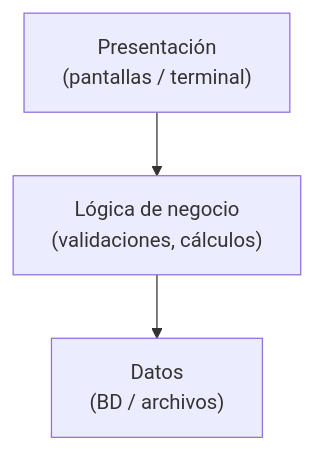
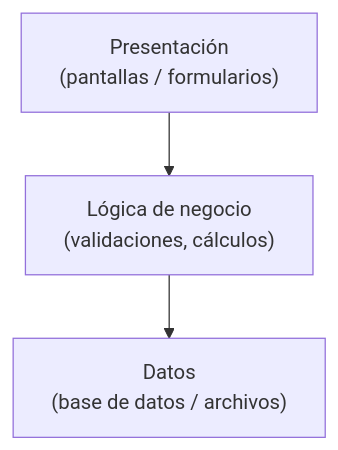
The second of 10 diagrams in docs/tema1/fases.md (aitorventura/entornos-de-desarrollo), drawn with Mermaid before and after one commit. The commit also changed other lines of this file and 348 other files, not shown here.

````diff
--- a/docs/tema1/fases.md
+++ b/docs/tema1/fases.md
@@ -119,9 +121,7 @@
-```mermaid
-flowchart TB
-  UI["Presentación<br/>(pantallas / terminal)"]:::box
-  LOG["Lógica de negocio<br/>(validaciones, cálculos)"]:::box
-  DAT["Datos<br/>(BD / archivos)"]:::box
-
-  UI --> LOG --> DAT
-
-```
+    ```mermaid
+    flowchart TB
+      UI["Presentación\n(pantallas / formularios)"]
+      LOG["Lógica de negocio\n(validaciones, cálculos)"]
+      DAT["Datos\n(base de datos / archivos)"]
+      UI --> LOG --> DAT
+    ```
````
